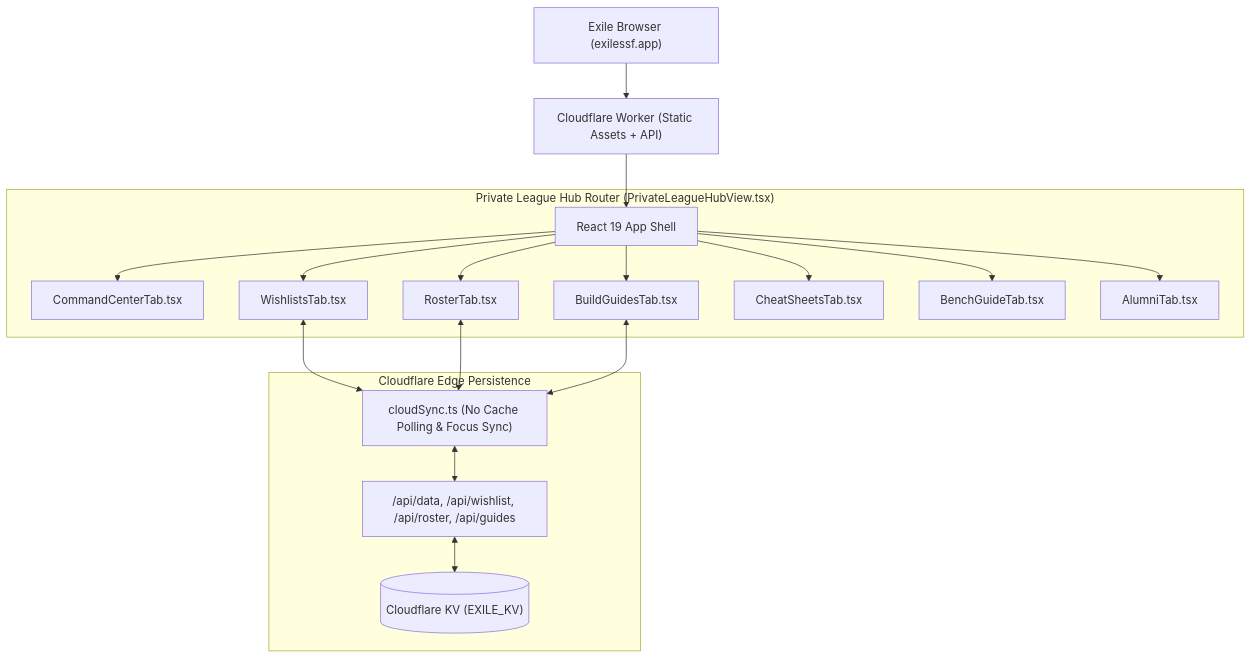
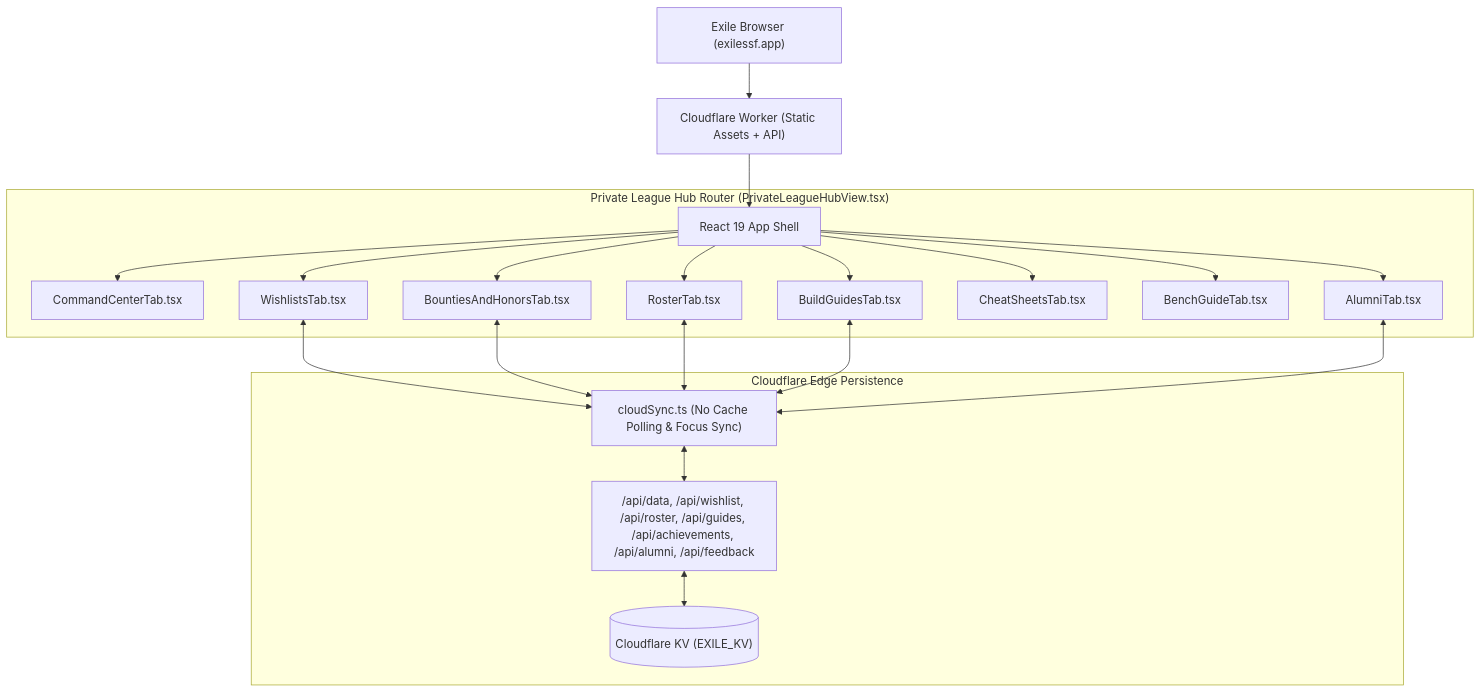
The diagram in README.md (Leuie/exile-ssf), drawn with Mermaid before and after one commit. The commit also changed other lines of this file and 6 other files, not shown here.

Commit message:
Migrate achievements, alumni, and feedback to Cloudflare KV and update README

````diff
--- a/README.md
+++ b/README.md
@@ -71,23 +77,26 @@
 ```mermaid
 flowchart TD
     User["Exile Browser (exilessf.app)"] --> Worker["Cloudflare Worker (Static Assets + API)"]
     Worker --> App["React 19 App Shell"]
 
     subgraph "Private League Hub Router (PrivateLeagueHubView.tsx)"
         App --> Tab1["CommandCenterTab.tsx"]
         App --> Tab2["WishlistsTab.tsx"]
-        App --> Tab3["RosterTab.tsx"]
-        App --> Tab4["BuildGuidesTab.tsx"]
-        App --> Tab5["CheatSheetsTab.tsx"]
-        App --> Tab6["BenchGuideTab.tsx"]
-        App --> Tab7["AlumniTab.tsx"]
+        App --> Tab3["BountiesAndHonorsTab.tsx"]
+        App --> Tab4["RosterTab.tsx"]
+        App --> Tab5["BuildGuidesTab.tsx"]
+        App --> Tab6["CheatSheetsTab.tsx"]
+        App --> Tab7["BenchGuideTab.tsx"]
+        App --> Tab8["AlumniTab.tsx"]
     end
 
     subgraph "Cloudflare Edge Persistence"
         Tab2 <--> Sync["cloudSync.ts (No Cache Polling & Focus Sync)"]
         Tab3 <--> Sync
         Tab4 <--> Sync
-        Sync <--> API["/api/data, /api/wishlist, /api/roster, /api/guides"]
+        Tab5 <--> Sync
+        Tab8 <--> Sync
+        Sync <--> API["/api/data, /api/wishlist, /api/roster, /api/guides, /api/achievements, /api/alumni, /api/feedback"]
         API <--> KV[("Cloudflare KV (EXILE_KV)")]
     end
 ```
````
